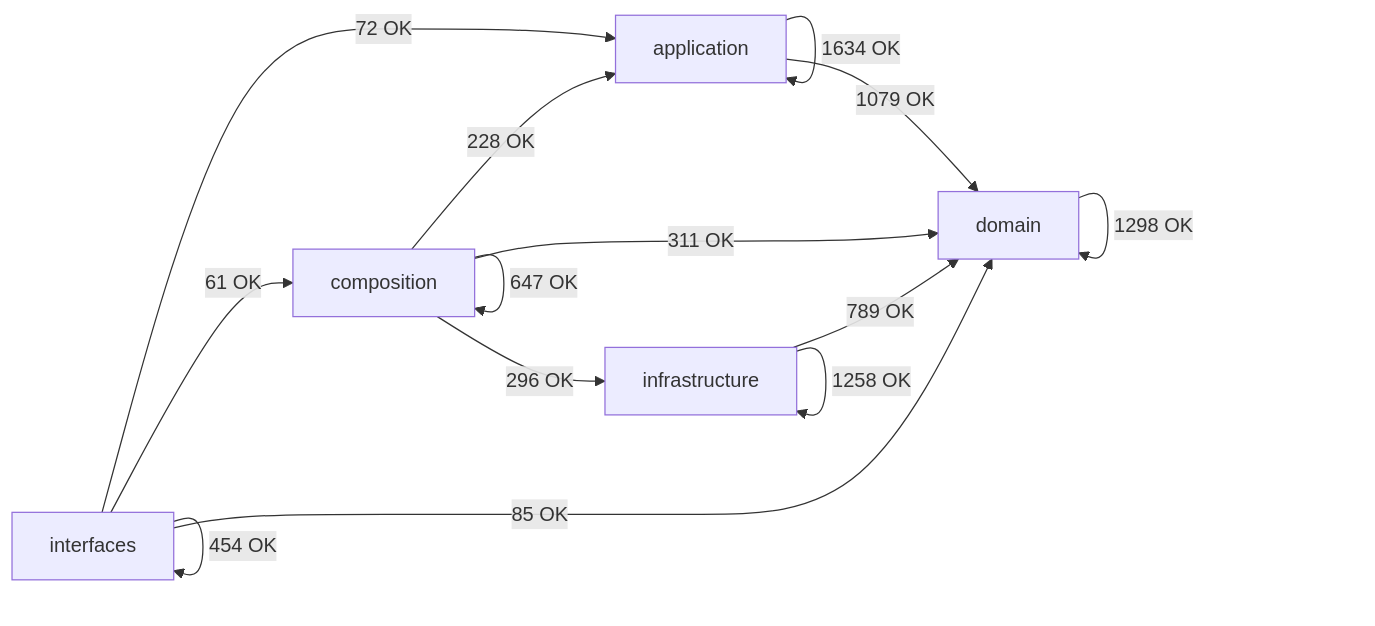
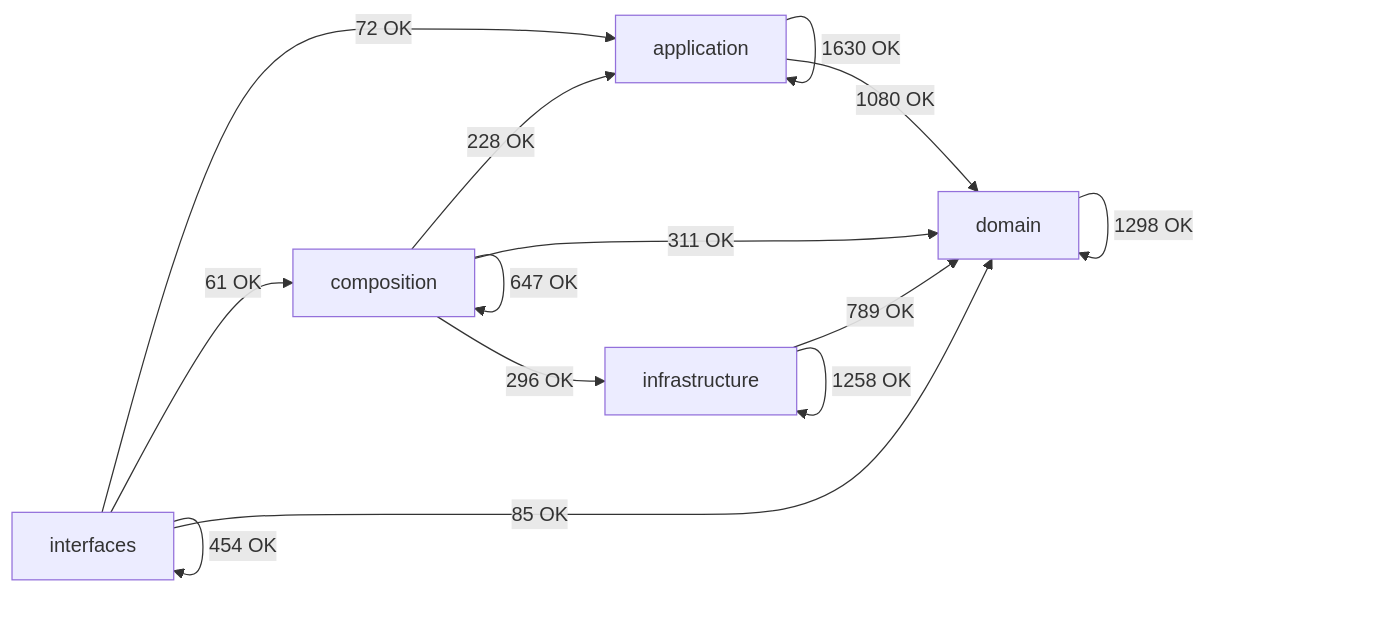
The diagram in docs/02-architecture/generated/module-dependency-map.md (SatoryKono/BioactivityDataAcquisition), drawn with Mermaid before and after one commit. The commit also changed other lines of this file and 21 other files, not shown here.

````diff
--- a/docs/02-architecture/generated/module-dependency-map.md
+++ b/docs/02-architecture/generated/module-dependency-map.md
@@ -17,21 +17,21 @@
 ```mermaid
 flowchart LR
     domain[domain]
     application[application]
     infrastructure[infrastructure]
     composition[composition]
     interfaces[interfaces]
-    application -->|1634 OK| application
-    application -->|1079 OK| domain
+    application -->|1630 OK| application
+    application -->|1080 OK| domain
     composition -->|228 OK| application
     composition -->|647 OK| composition
     composition -->|311 OK| domain
     composition -->|296 OK| infrastructure
     domain -->|1298 OK| domain
     infrastructure -->|789 OK| domain
     infrastructure -->|1258 OK| infrastructure
     interfaces -->|72 OK| application
     interfaces -->|61 OK| composition
     interfaces -->|85 OK| domain
     interfaces -->|454 OK| interfaces
 ```
````
